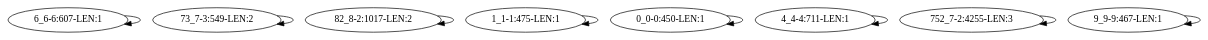
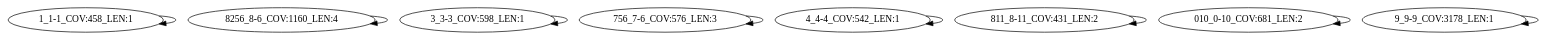
Before and after one commit to bluenote-1577/devider-test: the diagram in amr_snaketest/results_spike_dbghap/MEG_869xxDrugsxxAminoglycosidesxxAminoglycoside_OxxnucleotidyltransferasesxxANT3xxDPRIME_dbghaplo/intermediate/assembly_graph.dot, drawn with Graphviz. The commit also changed 3998 other files, not shown here.

```diff
--- a/amr_snaketest/results_spike_dbghap/MEG_869xxDrugsxxAminoglycosidesxxAminoglycoside_OxxnucleotidyltransferasesxxANT3xxDPRIME_dbghaplo/intermediate/assembly_graph.dot
+++ b/amr_snaketest/results_spike_dbghap/MEG_869xxDrugsxxAminoglycosidesxxAminoglycoside_OxxnucleotidyltransferasesxxANT3xxDPRIME_dbghaplo/intermediate/assembly_graph.dot
@@ -1,10 +1,10 @@
 digraph G {
-    "6_6-6:607-LEN:1" -> "6_6-6:607-LEN:1";
-    "73_7-3:549-LEN:2" -> "73_7-3:549-LEN:2";
-    "82_8-2:1017-LEN:2" -> "82_8-2:1017-LEN:2";
-    "1_1-1:475-LEN:1" -> "1_1-1:475-LEN:1";
-    "0_0-0:450-LEN:1" -> "0_0-0:450-LEN:1";
-    "4_4-4:711-LEN:1" -> "4_4-4:711-LEN:1";
-    "752_7-2:4255-LEN:3" -> "752_7-2:4255-LEN:3";
-    "9_9-9:467-LEN:1" -> "9_9-9:467-LEN:1";
+    "1_1-1_COV:458_LEN:1" -> "1_1-1_COV:458_LEN:1";
+    "8256_8-6_COV:1160_LEN:4" -> "8256_8-6_COV:1160_LEN:4";
+    "3_3-3_COV:598_LEN:1" -> "3_3-3_COV:598_LEN:1";
+    "756_7-6_COV:576_LEN:3" -> "756_7-6_COV:576_LEN:3";
+    "4_4-4_COV:542_LEN:1" -> "4_4-4_COV:542_LEN:1";
+    "811_8-11_COV:431_LEN:2" -> "811_8-11_COV:431_LEN:2";
+    "010_0-10_COV:681_LEN:2" -> "010_0-10_COV:681_LEN:2";
+    "9_9-9_COV:3178_LEN:1" -> "9_9-9_COV:3178_LEN:1";
 }
```
